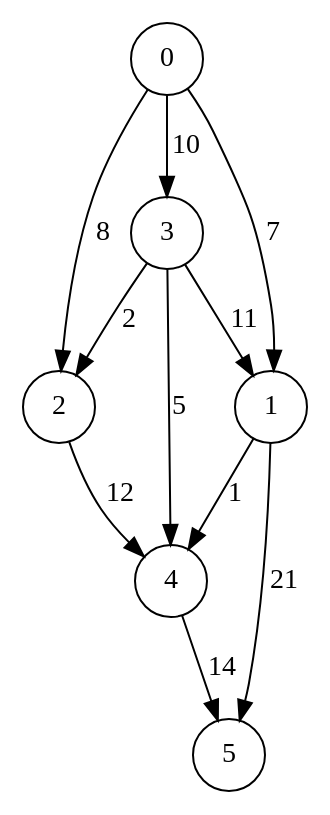
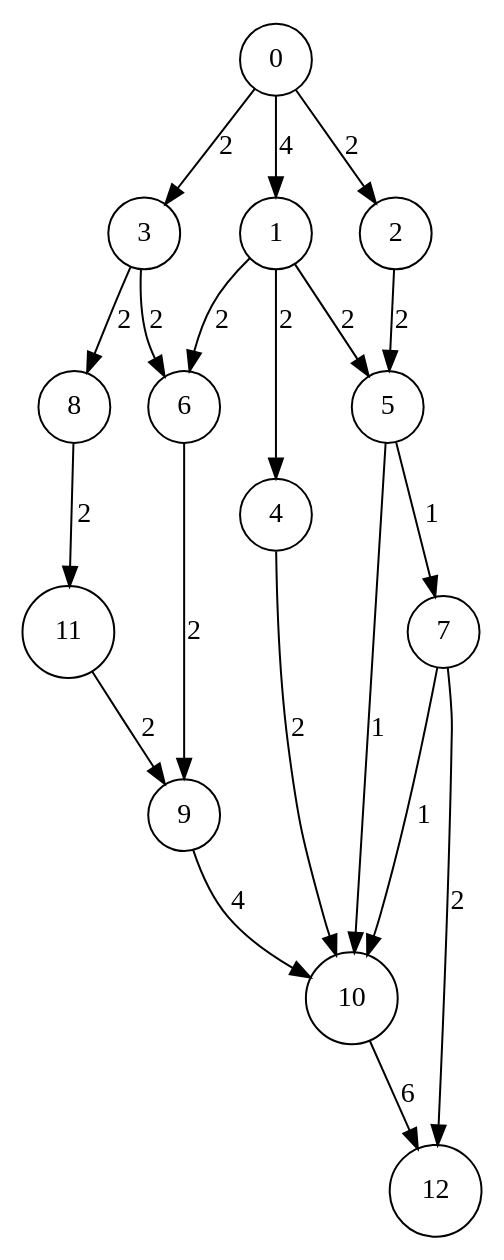
The diagram in test.dot (Anthony97480/ocaml-maxflow-project), drawn with Graphviz before and after one commit. The commit also changed 10 other files, not shown here.

```diff
--- a/test.dot
+++ b/test.dot
@@ -1,13 +1,22 @@
 digraph mongraph {
 node [shape = circle];
-4 -> 5 [label = "14"];
-1 -> 5 [label = "21"];
-1 -> 4 [label = "1"];
-3 -> 1 [label = "11"];
-3 -> 2 [label = "2"];
-3 -> 4 [label = "5"];
-2 -> 4 [label = "12"];
-0 -> 1 [label = "7"];
-0 -> 3 [label = "10"];
-0 -> 2 [label = "8"];
+7 -> 10 [label = "1"];
+7 -> 12 [label = "2"];
+5 -> 7 [label = "1"];
+5 -> 10 [label = "1"];
+9 -> 10 [label = "4"];
+11 -> 9 [label = "2"];
+8 -> 11 [label = "2"];
+6 -> 9 [label = "2"];
+3 -> 8 [label = "2"];
+3 -> 6 [label = "2"];
+10 -> 12 [label = "6"];
+2 -> 5 [label = "2"];
+4 -> 10 [label = "2"];
+1 -> 5 [label = "2"];
+1 -> 6 [label = "2"];
+1 -> 4 [label = "2"];
+0 -> 1 [label = "4"];
+0 -> 2 [label = "2"];
+0 -> 3 [label = "2"];
 }
```
